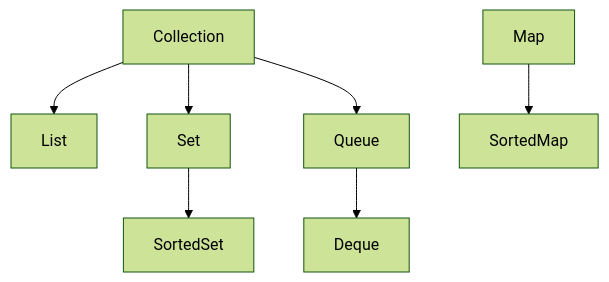
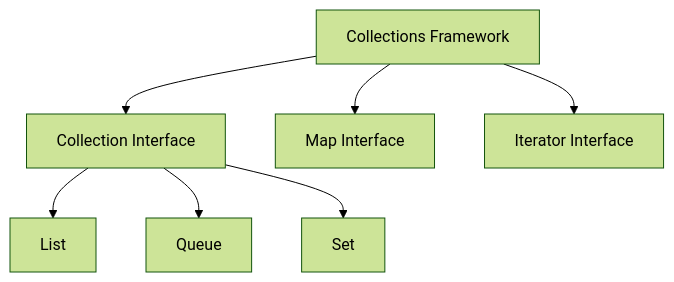
The diagram in Notes/Java/09. Collections/01. Collections Framework.md (anampartho/notes), drawn with Mermaid (forest theme) before and after one commit. The commit also changed other lines of this file, not shown here.

Commit message:
Update Note: Collections Framework

````diff
--- a/Notes/Java/09. Collections/01. Collections Framework.md
+++ b/Notes/Java/09. Collections/01. Collections Framework.md
@@ -5,11 +5,9 @@
 ```mermaid
 flowchart TD
-
-	A[Collection] --> B[List]
-	
-	A --> C[Set] --> D[SortedSet]
-	
-	A --> E[Queue] --> F[Deque]
-	
-	G[Map] --> H[SortedMap]
+	A[Collections Framework] --> B[Collection Interface]
+	A --> C[Map Interface]
+	A --> D[Iterator Interface]
+	B --> E[List]
+	B --> F[Queue]
+	B --> G[Set]
 ```
````
